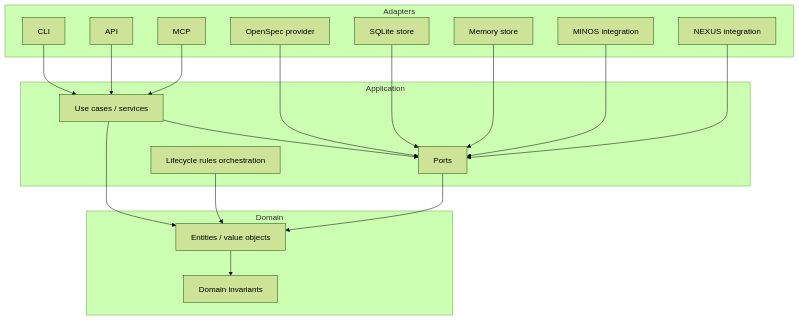
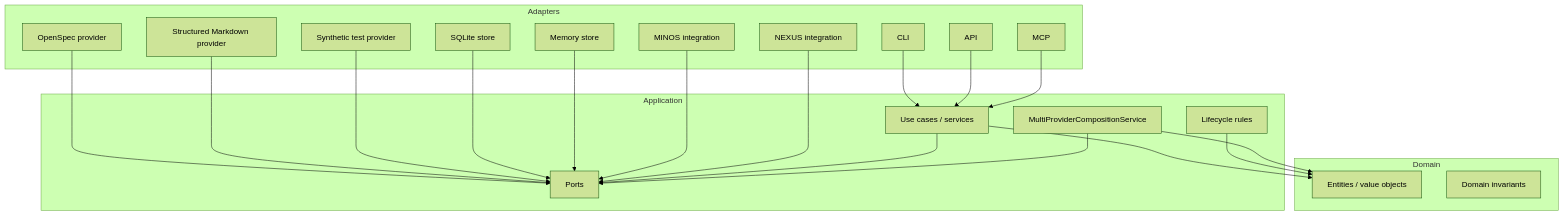
Before and after one commit to FTurleque/morpheus-engine: the second of 5 diagrams in docs/developer/ARCHITECTURE.md, drawn with Mermaid (forest theme). The commit also changed other lines of this file, not shown here.

Commit message:
docs(architecture): advance active architecture to M18

````diff
--- a/docs/developer/ARCHITECTURE.md
+++ b/docs/developer/ARCHITECTURE.md
@@ -39,38 +38,43 @@
 ```mermaid
 flowchart TB
     subgraph Adapters
         CLI
         API
         MCP
         OPENSPEC[OpenSpec provider]
+        MARKDOWN[Structured Markdown provider]
+        SYNTH[Synthetic test provider]
         SQLITE[SQLite store]
         MEMORY[Memory store]
         MINOS[MINOS integration]
         NEXUS[NEXUS integration]
     end
 
     subgraph Application
         USECASES[Use cases / services]
         PORTS[Ports]
-        LIFECYCLE[Lifecycle rules orchestration]
+        LIFE[Lifecycle rules]
+        COMPOSE[MultiProviderCompositionService]
     end
 
     subgraph Domain
         MODEL[Entities / value objects]
         INVARIANTS[Domain invariants]
     end
 
     CLI --> USECASES
     API --> USECASES
     MCP --> USECASES
     OPENSPEC --> PORTS
+    MARKDOWN --> PORTS
+    SYNTH --> PORTS
     SQLITE --> PORTS
     MEMORY --> PORTS
     MINOS --> PORTS
     NEXUS --> PORTS
     USECASES --> PORTS
     USECASES --> MODEL
-    LIFECYCLE --> MODEL
-    PORTS --> MODEL
-    MODEL --> INVARIANTS
+    LIFE --> MODEL
+    COMPOSE --> PORTS
+    COMPOSE --> MODEL
 ```
````
